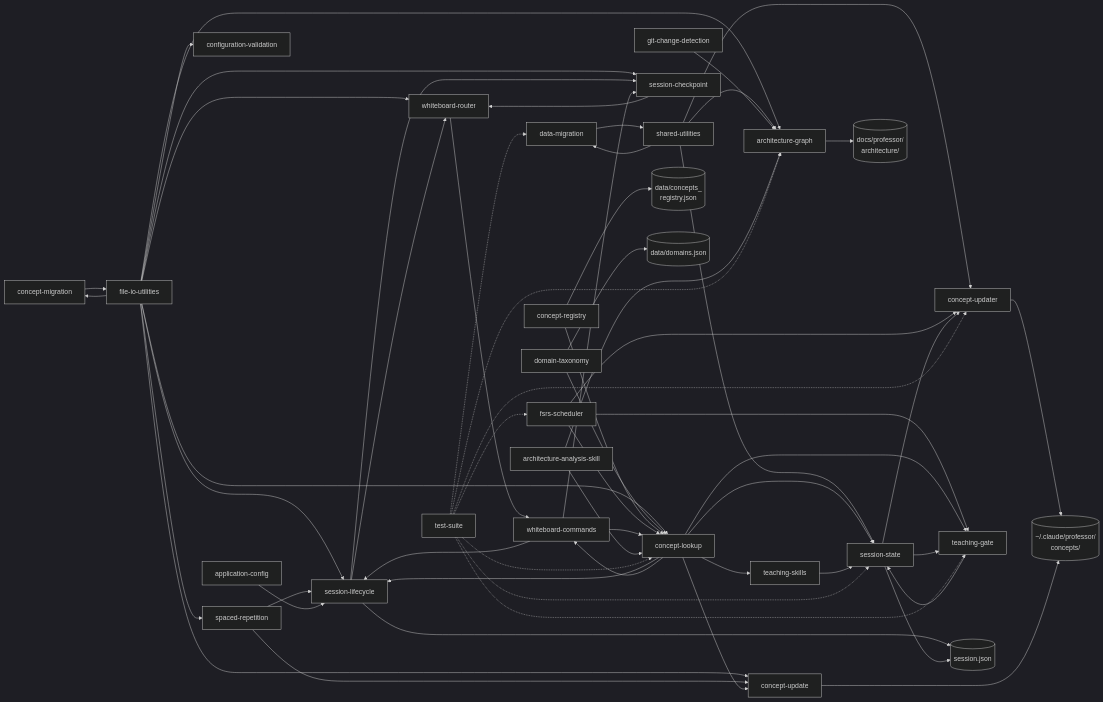
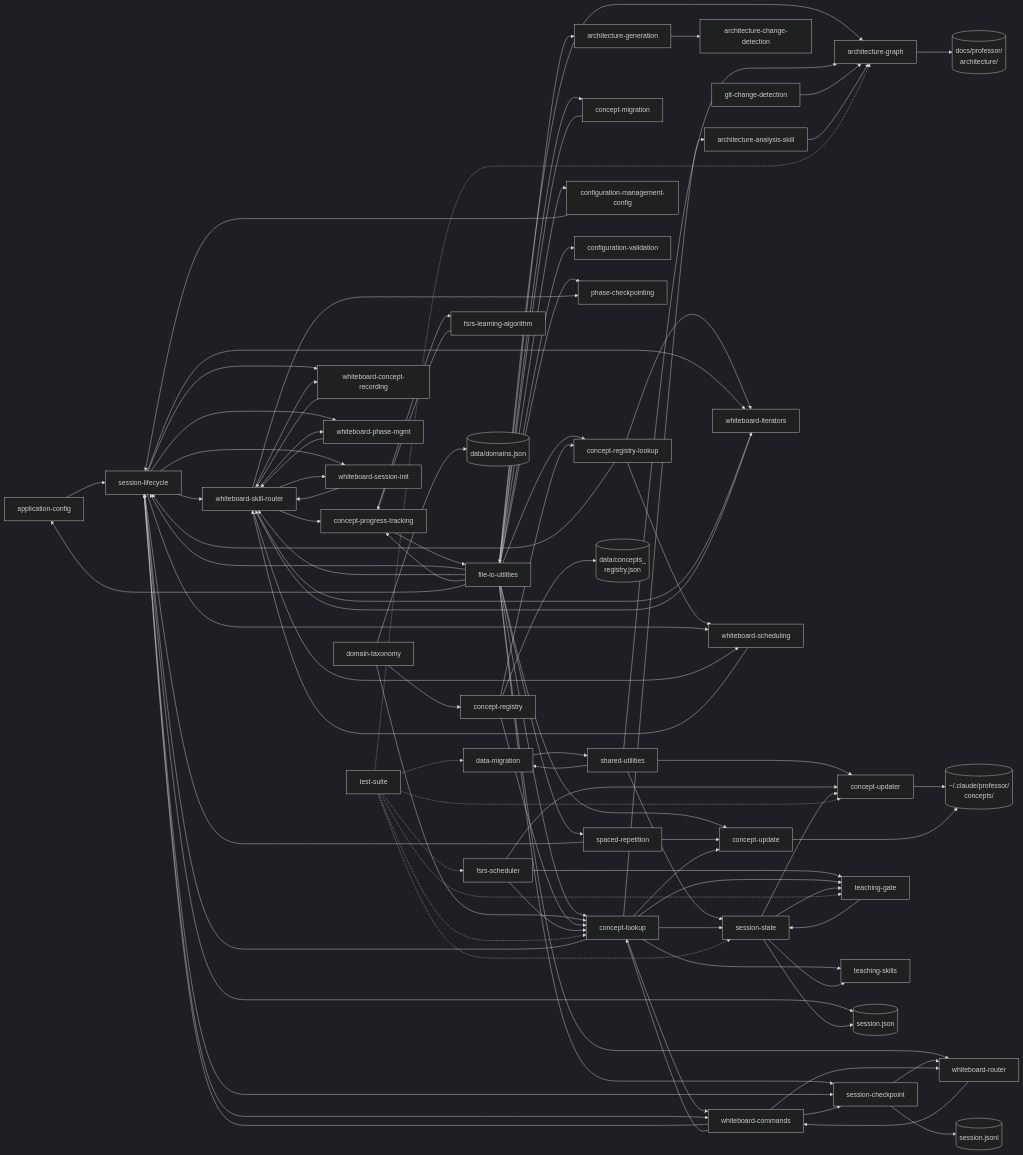
One commit to theadityamittal/claude-professor changed the first of 4 diagrams in docs/professor/architecture/data-flow.md. Above: the diagram before and after it, drawn with Mermaid (dark theme). The commit also changed other lines of this file and 17 other files, not shown here.

Commit message:
feat: update architecture documentation for v5.1.1 — enhance descriptions, add new components, and improve data flow

```diff
--- a/docs/professor/architecture/data-flow.md
+++ b/docs/professor/architecture/data-flow.md
@@ -6,18 +6,25 @@
 graph LR
     AppConfig["application-config"]
     ArchSkill["architecture-analysis-skill"]
+    ArchChange["architecture-change-detection"]
+    ArchGen["architecture-generation"]
     ArchGraph["architecture-graph"]
     ConceptLookup["concept-lookup"]
     ConceptMig["concept-migration"]
+    ConceptProg["concept-progress-tracking"]
     ConceptReg["concept-registry"]
+    ConceptRegLookup["concept-registry-lookup"]
     ConceptUpdate["concept-update"]
     ConceptUpdater["concept-updater"]
+    ConfigMgmtConfig["configuration-management-config"]
     ConfigVal["configuration-validation"]
     DataMig["data-migration"]
     DomainTax["domain-taxonomy"]
     FileIO["file-io-utilities"]
+    FSRSAlgo["fsrs-learning-algorithm"]
     FSRSSched["fsrs-scheduler"]
     GitChange["git-change-detection"]
+    PhaseChk["phase-checkpointing"]
     SessionChk["session-checkpoint"]
     SessionLife["session-lifecycle"]
     SessionState["session-state"]
@@ -27,26 +34,38 @@
     TeachSkills["teaching-skills"]
     TestSuite["test-suite"]
     WBCommands["whiteboard-commands"]
+    WBConceptRec["whiteboard-concept-recording"]
+    WBIter["whiteboard-iterators"]
+    WBPhaseMgmt["whiteboard-phase-mgmt"]
     WBRouter["whiteboard-router"]
+    WBScheduling["whiteboard-scheduling"]
+    WBSessionInit["whiteboard-session-init"]
+    WBSkillRouter["whiteboard-skill-router"]
 
     ProfileDir[("~/.claude/professor/\nconcepts/")]
     ConceptRegFile[("data/concepts_\nregistry.json")]
     DomainsFile[("data/domains.json")]
     SessionFile[("session.json")]
+    SessionLog[("session.jsonl")]
     ArchDirStore[("docs/professor/\narchitecture/")]
 
-    %% file-io-utilities is the foundation
+    %% file-io-utilities / shared-utilities are the foundation
     FileIO --> SpcRepeat
     FileIO --> ConceptLookup
+    FileIO --> ConceptRegLookup
     FileIO --> SessionLife
     FileIO --> SessionChk
     FileIO --> WBRouter
+    FileIO --> WBSkillRouter
     FileIO --> ConceptUpdate
     FileIO --> ArchGraph
+    FileIO --> ArchGen
     FileIO --> ConceptMig
     FileIO --> ConfigVal
-
-    %% shared-utilities (overlaps with file-io-utilities)
+    FileIO --> ConceptProg
+    FileIO --> PhaseChk
+    FileIO --> AppConfig
+    FileIO --> ConfigMgmtConfig
     SharedUtils --> SessionState
     SharedUtils --> ConceptUpdater
     SharedUtils --> ArchGraph
@@ -54,13 +73,16 @@
 
     %% domain taxonomy feeds registry and lookup
     DomainTax --> DomainsFile
+    DomainTax --> ConceptReg
     DomainTax --> ConceptLookup
 
     %% concept registry
     ConceptReg --> ConceptRegFile
     ConceptReg --> ConceptLookup
+    ConceptReg --> ConceptRegLookup
 
-    %% FSRS scheduler
+    %% FSRS components
+    FSRSAlgo --> ConceptProg
     FSRSSched --> ConceptUpdater
     FSRSSched --> TeachGate
     FSRSSched --> ConceptLookup
@@ -76,25 +98,49 @@
     ConceptLookup --> SessionState
     ConceptLookup --> TeachGate
     ConceptLookup --> TeachSkills
+    ConceptLookup --> ArchSkill
+
+    %% concept registry lookup
+    ConceptRegLookup --> SessionLife
+    ConceptRegLookup --> WBIter
+    ConceptRegLookup --> WBScheduling
 
     %% application config
     AppConfig --> SessionLife
+    ConfigMgmtConfig --> SessionLife
 
     %% session lifecycle
-    SessionLife --> WBRouter
+    SessionLife --> WBSkillRouter
     SessionLife --> SessionChk
     SessionLife --> SessionFile
+    SessionLife --> WBCommands
+    SessionLife --> WBSessionInit
+    SessionLife --> WBPhaseMgmt
+    SessionLife --> WBConceptRec
+    SessionLife --> WBScheduling
+    SessionLife --> WBIter
 
     %% session state
     SessionState --> TeachGate
     SessionState --> ConceptUpdater
     SessionState --> SessionFile
+    SessionState --> TeachSkills
 
     %% teaching gate
     TeachGate --> SessionState
 
     %% session checkpoint
     SessionChk --> WBRouter
+    SessionChk --> SessionLog
+
+    %% whiteboard skill router
+    WBSkillRouter --> WBSessionInit
+    WBSkillRouter --> WBPhaseMgmt
+    WBSkillRouter --> WBConceptRec
+    WBSkillRouter --> WBScheduling
+    WBSkillRouter --> WBIter
+    WBSkillRouter --> ConceptProg
+    WBSkillRouter --> PhaseChk
 
     %% whiteboard router
     WBRouter --> WBCommands
@@ -103,23 +149,28 @@
     WBCommands --> SessionLife
     WBCommands --> ConceptLookup
     WBCommands --> SessionChk
+    WBCommands --> WBRouter
+
+    %% whiteboard sub-handlers
+    WBConceptRec --> WBSkillRouter
+    WBIter --> WBSkillRouter
+    WBPhaseMgmt --> WBSkillRouter
+    WBScheduling --> WBSkillRouter
+    WBSessionInit --> WBSkillRouter
 
     %% concept updater
     ConceptUpdater --> ProfileDir
 
     %% concept update (script)
     ConceptUpdate --> ProfileDir
+    ConceptProg --> FSRSAlgo
+    ConceptProg --> FileIO
 
-    %% architecture graph
+    %% architecture graph / generation
     ArchGraph --> ArchDirStore
+    ArchGen --> ArchChange
     GitChange --> ArchGraph
-
-    %% architecture analysis skill
     ArchSkill --> ArchGraph
-    ArchSkill --> ConceptLookup
-
-    %% teaching skills
-    TeachSkills --> SessionState
 
     %% data migration & concept migration
     DataMig --> SharedUtils
```
